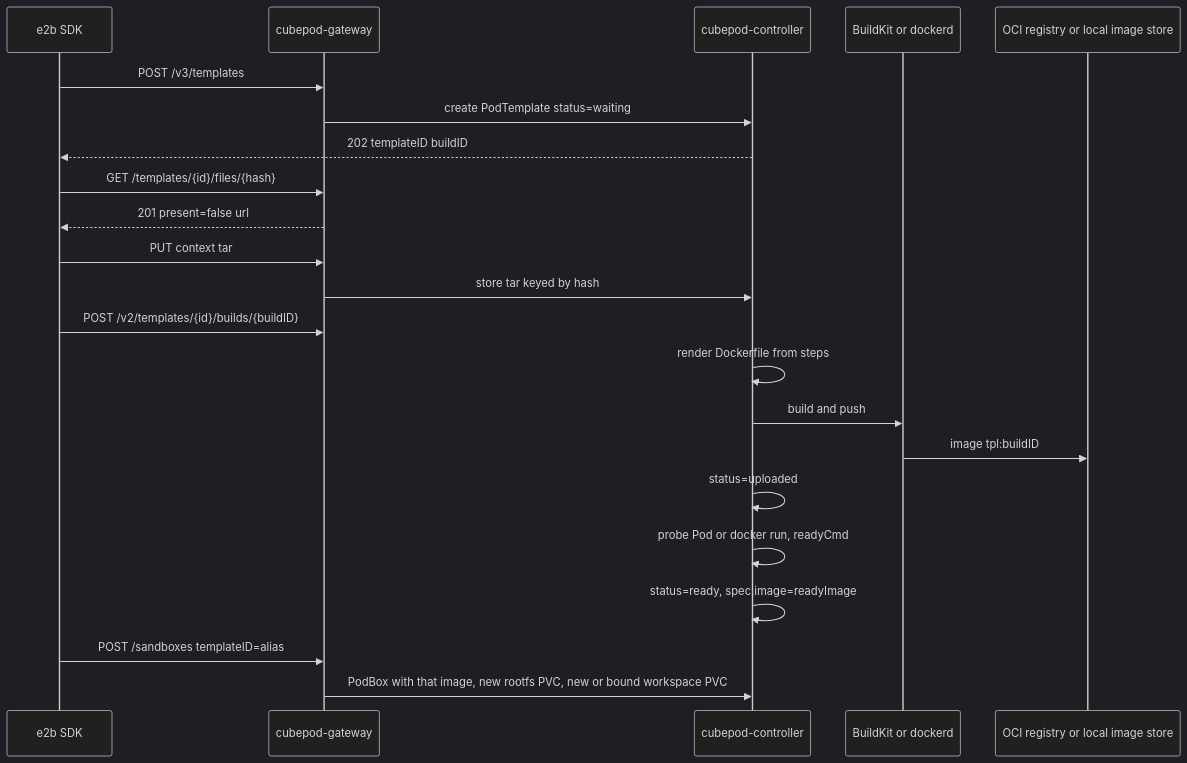
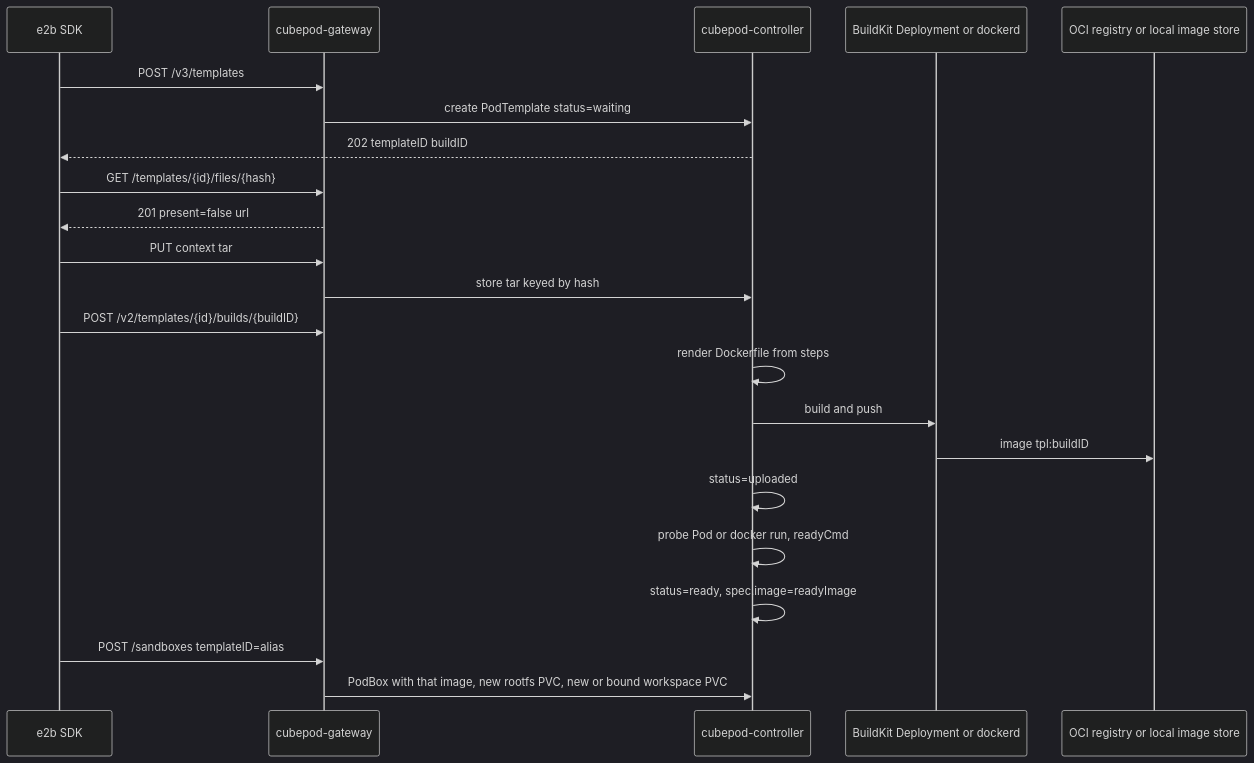
The first of 2 diagrams in docs/enhancements/0019-e2b-template-api/README.md (cubeplexai/cubepod), drawn with Mermaid (dark theme) before and after one commit. The commit also changed other lines of this file, not shown here.

````diff
--- a/docs/enhancements/0019-e2b-template-api/README.md
+++ b/docs/enhancements/0019-e2b-template-api/README.md
@@ -375,25 +388,25 @@
 ```mermaid
 sequenceDiagram
     participant SDK as e2b SDK
     participant GW as cubepod-gateway
     participant CTL as cubepod-controller
-    participant BK as BuildKit or dockerd
+    participant BK as BuildKit Deployment or dockerd
     participant REG as OCI registry or local image store
 
     SDK->>GW: POST /v3/templates
     GW->>CTL: create PodTemplate status=waiting
     CTL-->>SDK: 202 templateID buildID
     SDK->>GW: GET /templates/{id}/files/{hash}
     GW-->>SDK: 201 present=false url
     SDK->>GW: PUT context tar
     GW->>CTL: store tar keyed by hash
     SDK->>GW: POST /v2/templates/{id}/builds/{buildID}
     CTL->>CTL: render Dockerfile from steps
     CTL->>BK: build and push
     BK->>REG: image tpl:buildID
     CTL->>CTL: status=uploaded
     CTL->>CTL: probe Pod or docker run, readyCmd
     CTL->>CTL: status=ready, spec.image=readyImage
     SDK->>GW: POST /sandboxes templateID=alias
     GW->>CTL: PodBox with that image, new rootfs PVC, new or bound workspace PVC
 ```
````
